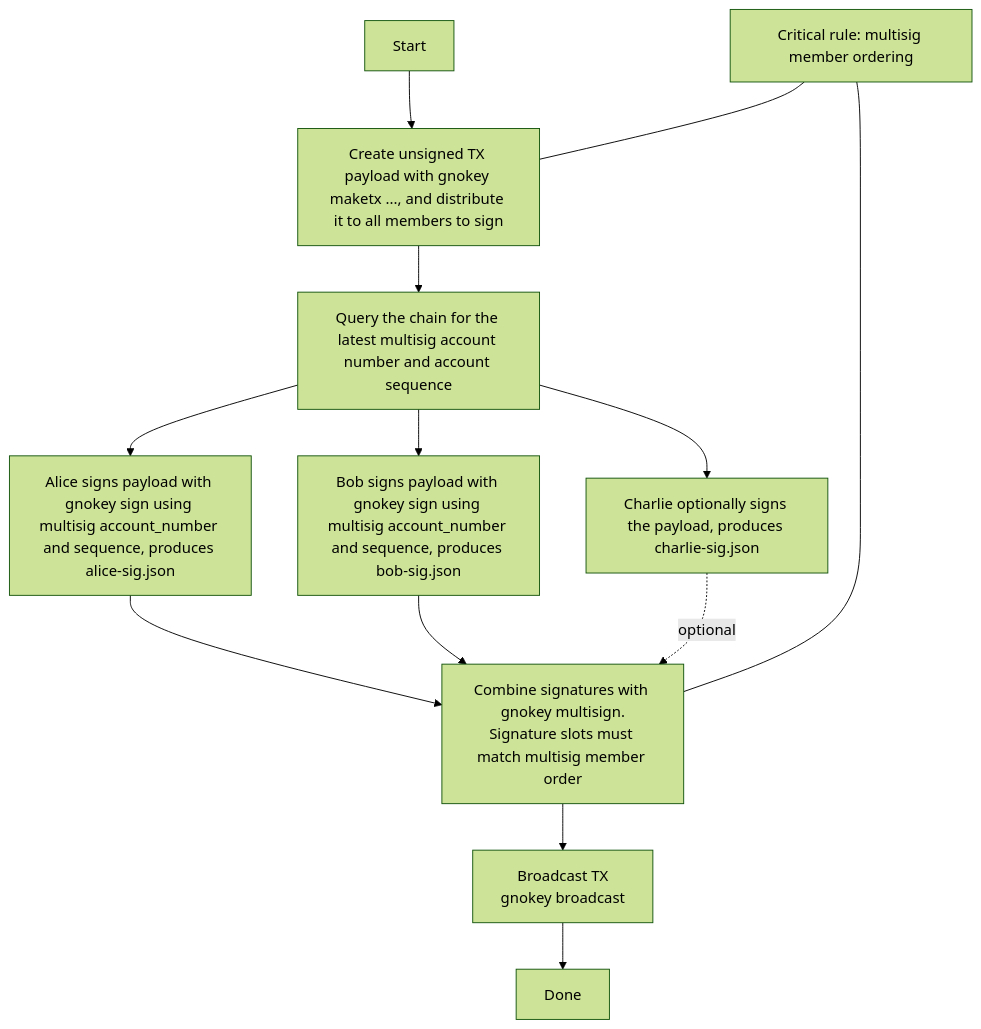
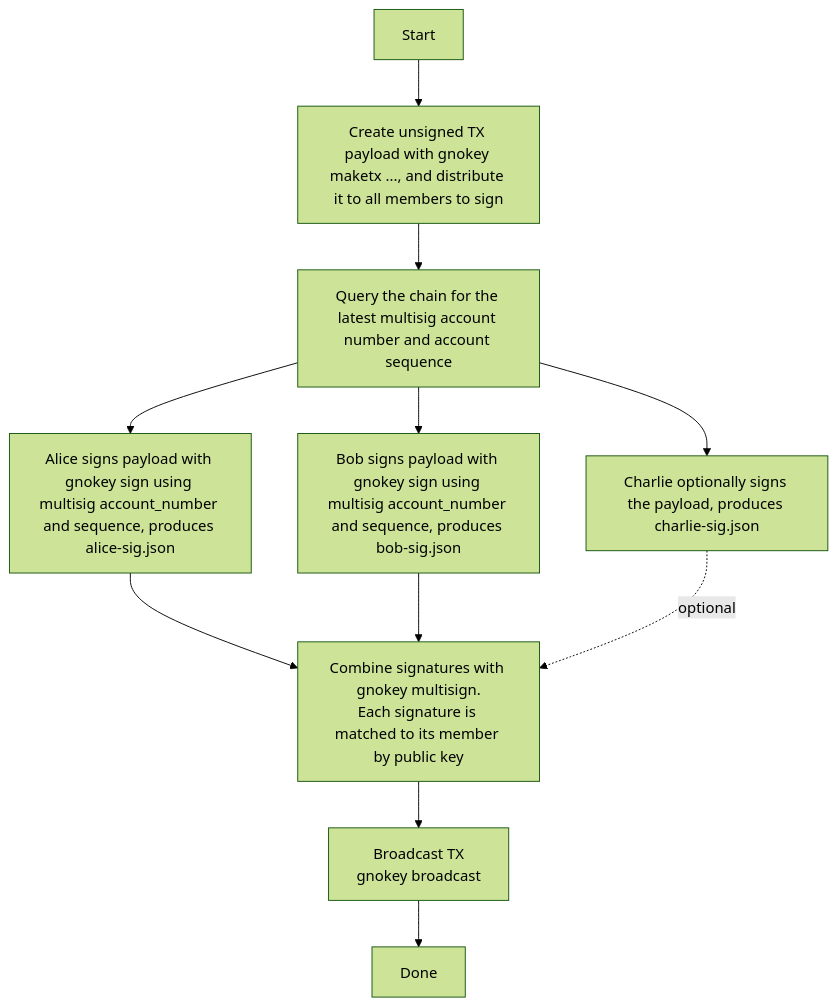
Before and after one commit to gnolang/gno: the diagram in docs/resources/gnokey-reference.md, drawn with Mermaid (forest theme). The commit also changed other lines of this file, not shown here.

First line of the commit message:
docs: fix gnokey reference inaccuracies found in source audit

````diff
--- a/docs/resources/gnokey-reference.md
+++ b/docs/resources/gnokey-reference.md
@@ -518,16 +556,13 @@
 ```mermaid
 flowchart TD
   A[Start] --> B[Create unsigned TX payload with gnokey maketx ..., and distribute it to all members to sign]
   B --> C[Query the chain for the latest multisig account number and account sequence]
   C --> D1[Alice signs payload with gnokey sign using multisig account_number and sequence, produces <br/>alice-sig.json]
   C --> D2[Bob signs payload with gnokey sign using multisig account_number and sequence, produces <br/>bob-sig.json]
   C --> D3[Charlie optionally signs the payload, produces <br/>charlie-sig.json]
-  D1 --> E[Combine signatures with gnokey multisign.<br/>Signature slots must match multisig member order]
+  D1 --> E[Combine signatures with gnokey multisign.<br/>Each signature is matched to its member by public key]
   D2 --> E
   D3 -. optional .-> E
   E --> F[Broadcast TX<br/>gnokey broadcast]
   F --> G[Done]
-
-  H[Critical rule: multisig member ordering] --- B
-  H --- E
 ```
````
